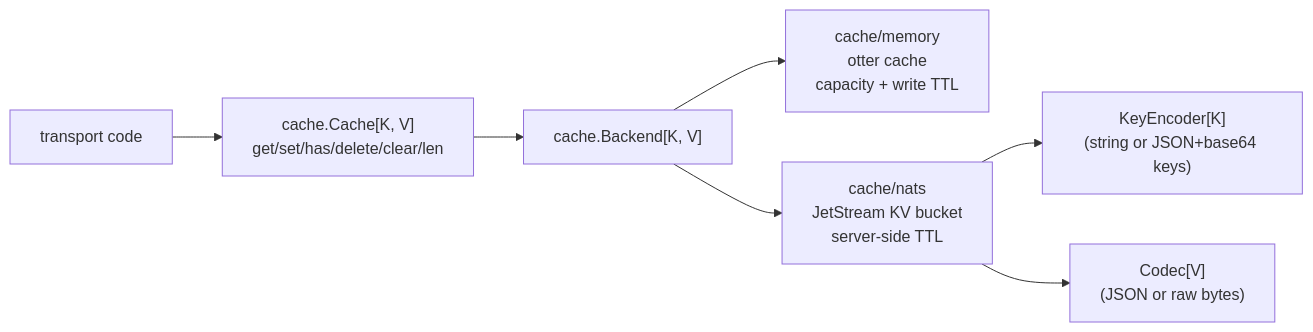
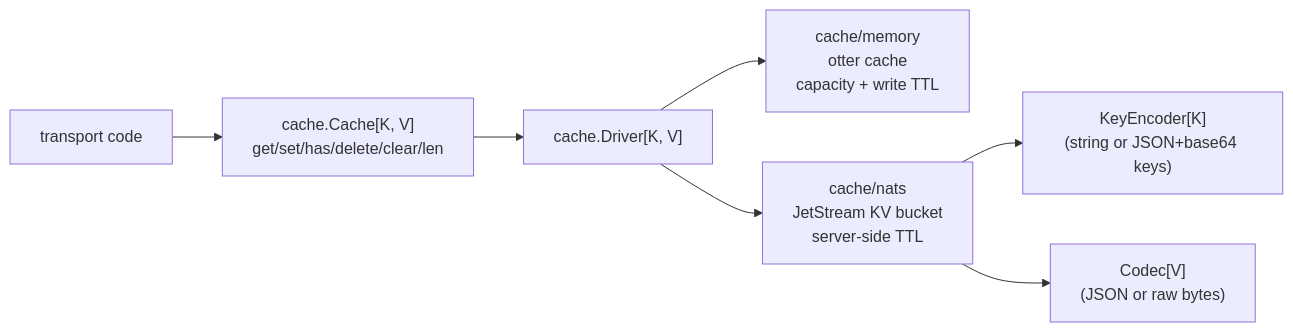
The fifth of 6 diagrams in docs/architecture.md (Neur0toxine/mg-transport-core), drawn with Mermaid before and after one commit. The commit also changed other lines of this file and 36 other files, not shown here.

Commit message:
chore: rename Backend to Driver

````diff
--- a/docs/architecture.md
+++ b/docs/architecture.md
@@ -176,9 +176,9 @@
 ```mermaid
 flowchart LR
     CODE["transport code"] --> FACADE["cache.Cache[K, V]<br/>get/set/has/delete/clear/len"]
-    FACADE --> BEH["cache.Backend[K, V]"]
+    FACADE --> BEH["cache.Driver[K, V]"]
     BEH --> MEMB["cache/memory<br/>otter cache<br/>capacity + write TTL"]
     BEH --> NATB["cache/nats<br/>JetStream KV bucket<br/>server-side TTL"]
     NATB --> KEYENC["KeyEncoder[K]<br/>(string or JSON+base64 keys)"]
     NATB --> VALCODEC["Codec[V]<br/>(JSON or raw bytes)"]
 ```
````
